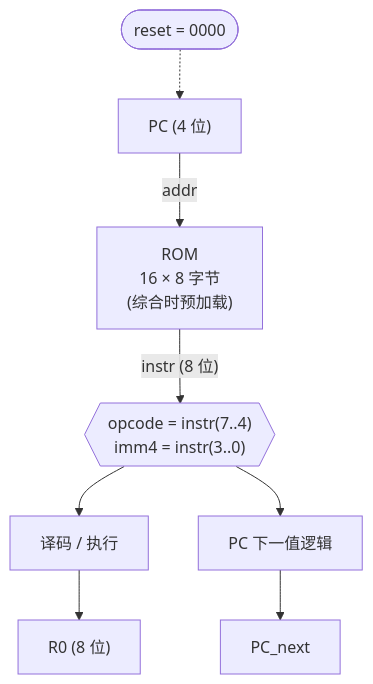
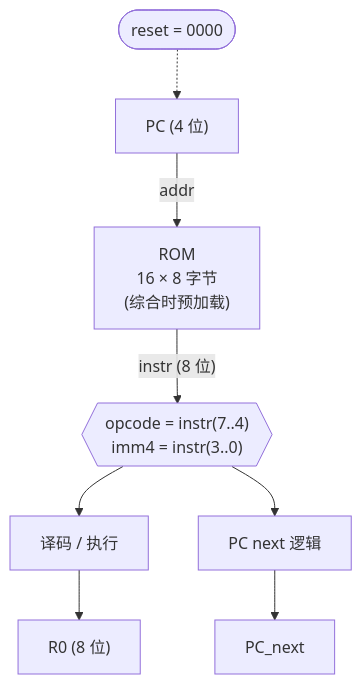
Before and after one commit to Kmila9s/Kmila: the diagram in Kmila.Shared/wwwroot/Learn/ch/cpu/02-cpu-project.md, drawn with Mermaid. The commit also changed other lines of this file and 207 other files, not shown here.

````diff
--- a/Kmila.Shared/wwwroot/Learn/ch/cpu/02-cpu-project.md
+++ b/Kmila.Shared/wwwroot/Learn/ch/cpu/02-cpu-project.md
@@ -7,10 +7,10 @@
 ```mermaid
 flowchart TD
     RST(["reset = 0000"]) -.-> PC["PC (4 位)"]
     PC -- addr --> ROM["ROM<br/>16 × 8 字节<br/>(综合时预加载)"]
     ROM -- "instr (8 位)" --> SPLIT{{"opcode = instr(7..4)<br/>imm4 = instr(3..0)"}}
     SPLIT --> DECEXE["译码 / 执行"]
-    SPLIT --> PCNXT["PC 下一值逻辑"]
+    SPLIT --> PCNXT["PC next 逻辑"]
     DECEXE --> R0["R0 (8 位)"]
     PCNXT --> PCN["PC_next"]
 ```
````
